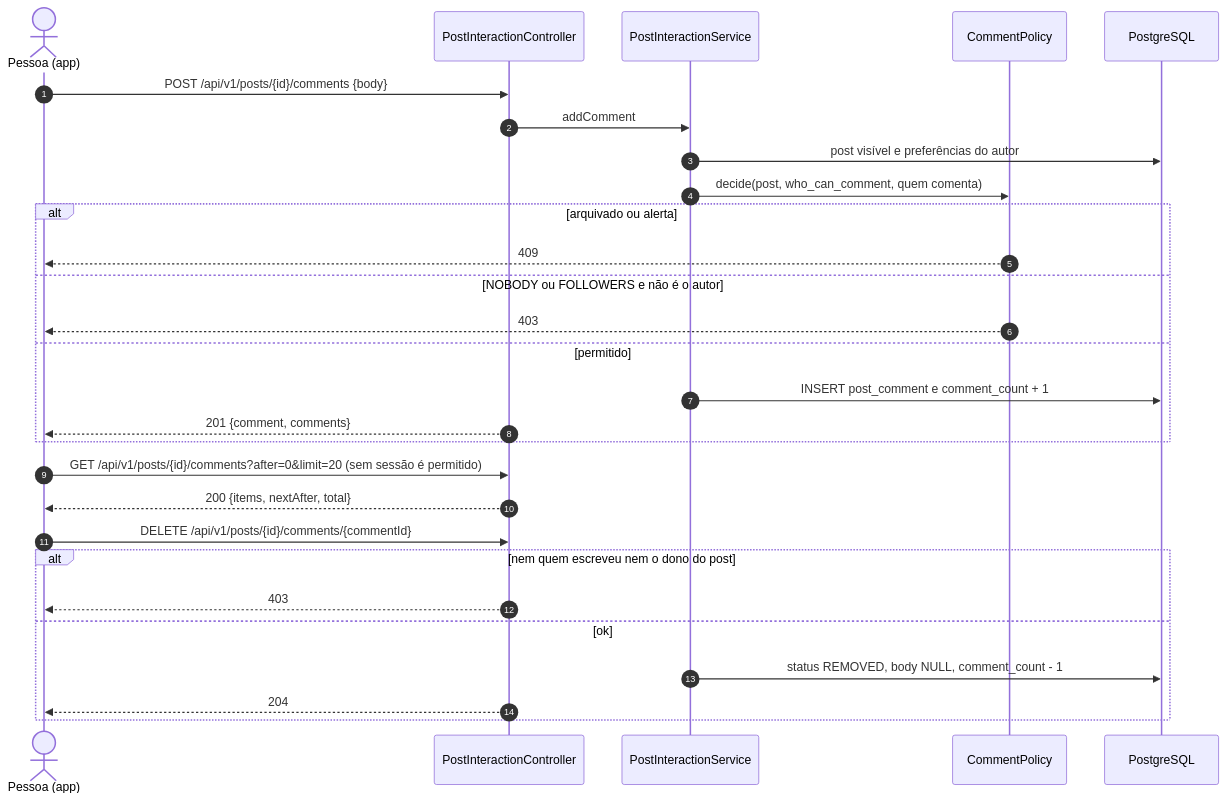
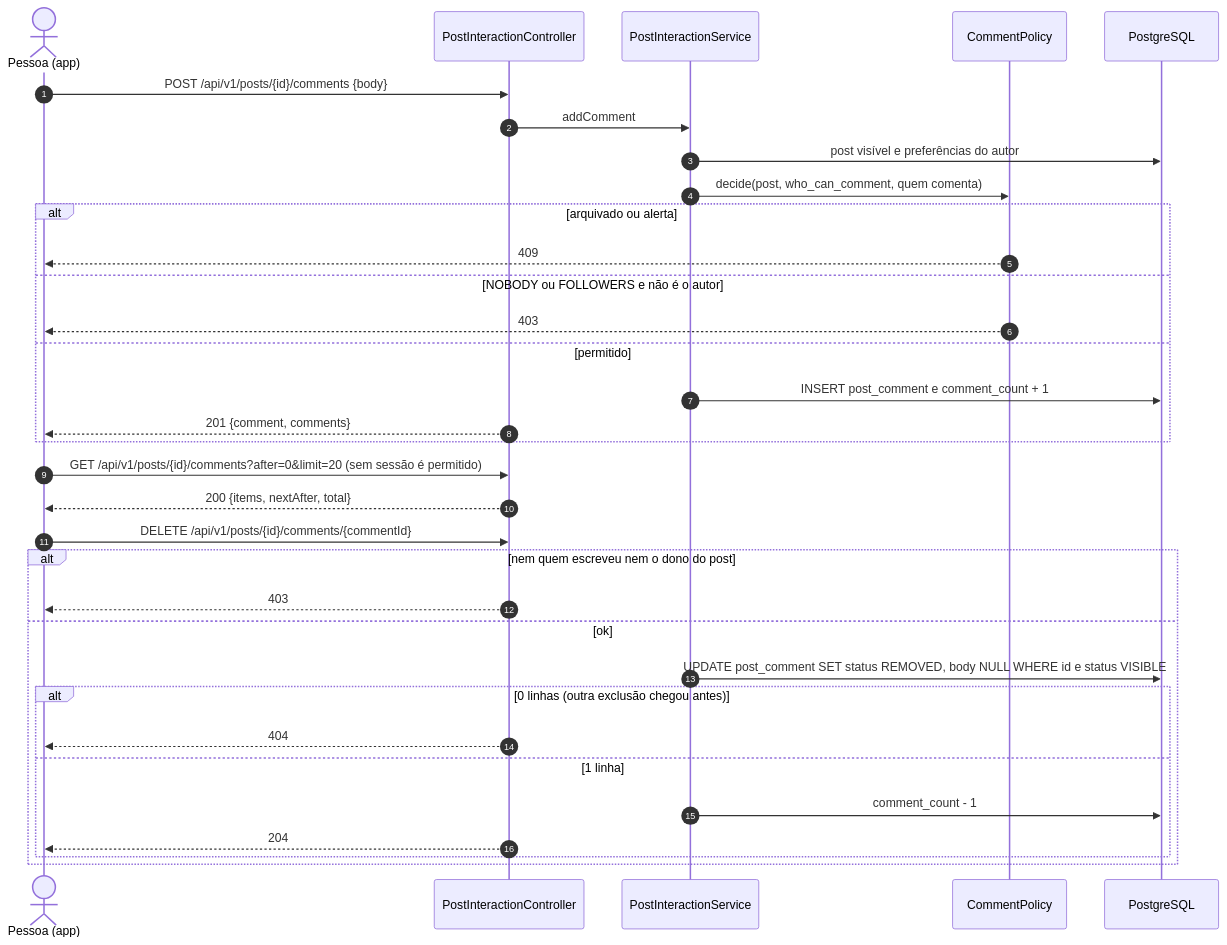
The second of 3 diagrams in docs/RF12/sequencia.md (MatheusHaliski/Friendly-Eats), drawn with Mermaid before and after one commit. The commit also changed 15 other files, not shown here.

````diff
--- a/docs/RF12/sequencia.md
+++ b/docs/RF12/sequencia.md
@@ -41,31 +41,36 @@
 ```mermaid
 sequenceDiagram
     autonumber
     actor U as Pessoa (app)
     participant API as PostInteractionController
     participant S as PostInteractionService
     participant P as CommentPolicy
     participant DB as PostgreSQL
 
     U->>API: POST /api/v1/posts/{id}/comments {body}
     API->>S: addComment
     S->>DB: post visível e preferências do autor
     S->>P: decide(post, who_can_comment, quem comenta)
     alt arquivado ou alerta
         P-->>U: 409
     else NOBODY ou FOLLOWERS e não é o autor
         P-->>U: 403
     else permitido
         S->>DB: INSERT post_comment e comment_count + 1
         API-->>U: 201 {comment, comments}
     end
     U->>API: GET /api/v1/posts/{id}/comments?after=0&limit=20 (sem sessão é permitido)
     API-->>U: 200 {items, nextAfter, total}
     U->>API: DELETE /api/v1/posts/{id}/comments/{commentId}
     alt nem quem escreveu nem o dono do post
         API-->>U: 403
     else ok
-        S->>DB: status REMOVED, body NULL, comment_count - 1
-        API-->>U: 204
+        S->>DB: UPDATE post_comment SET status REMOVED, body NULL WHERE id e status VISIBLE
+        alt 0 linhas (outra exclusão chegou antes)
+            API-->>U: 404
+        else 1 linha
+            S->>DB: comment_count - 1
+            API-->>U: 204
+        end
     end
 ```
````
